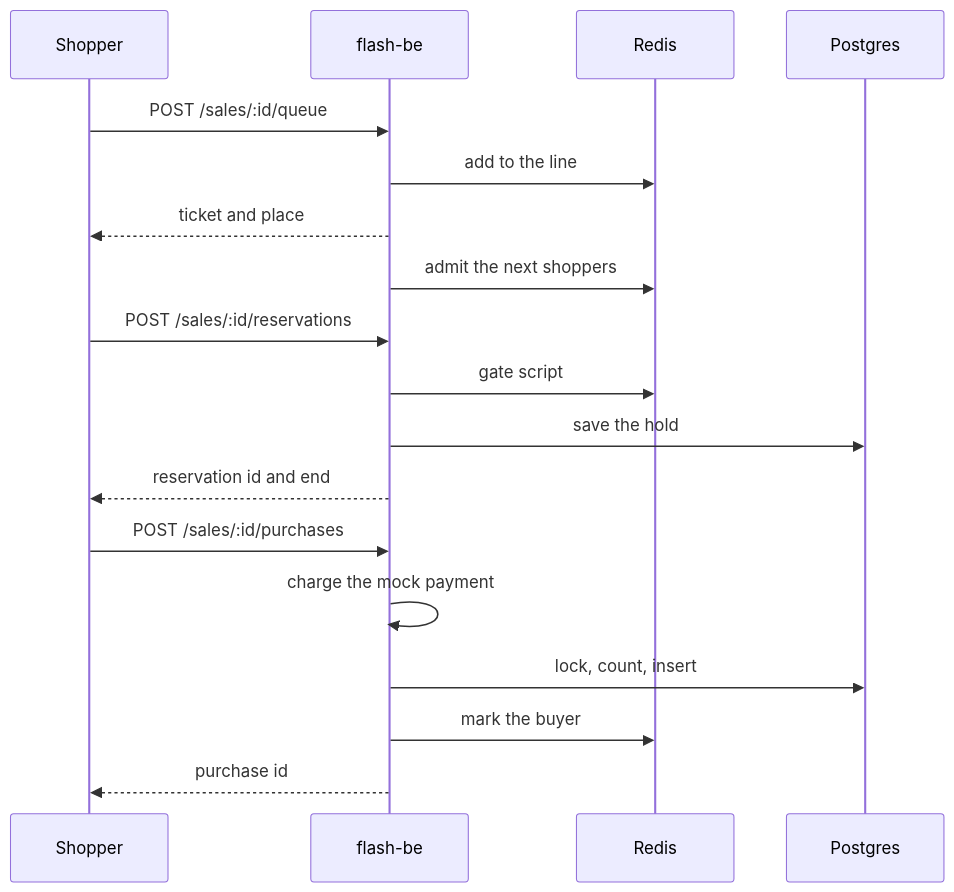
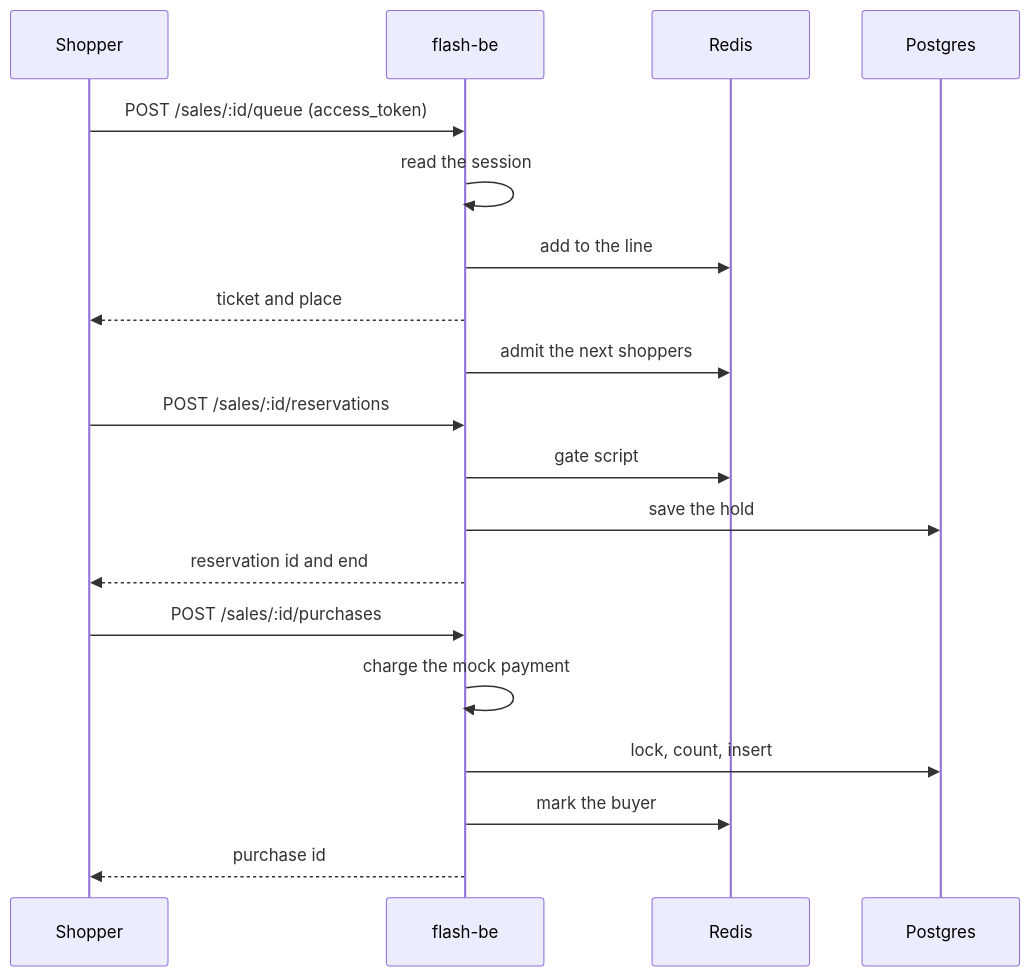
One commit to wahidyankf/coding-itv-js-flashsale changed the second of 4 diagrams in specs/apps/flash/c4/sequences.md. Above: the diagram before and after it, drawn with Mermaid. The commit also changed other lines of this file and 20 other files, not shown here.

````diff
--- a/specs/apps/flash/c4/sequences.md
+++ b/specs/apps/flash/c4/sequences.md
@@ -9,22 +76,23 @@
 ```mermaid
 sequenceDiagram
   accTitle: Reserve and pay
   accDescr: The shopper joins the queue and receives a ticket. After admission the shopper reserves an item. The API asks the Redis gate, which counts buyers and live holds, then writes the hold to Postgres. The shopper then confirms. The API charges the payment provider, commits the purchase in one Postgres transaction, and tells the gate.
   participant S as Shopper
   participant A as flash-be
   participant R as Redis
   participant P as Postgres
-  S->>A: POST /sales/:id/queue
+  S->>A: POST /sales/:id/queue (access_token)
+  A->>A: read the session
   A->>R: add to the line
   A-->>S: ticket and place
   A->>R: admit the next shoppers
   S->>A: POST /sales/:id/reservations
   A->>R: gate script
   A->>P: save the hold
   A-->>S: reservation id and end
   S->>A: POST /sales/:id/purchases
   A->>A: charge the mock payment
   A->>P: lock, count, insert
   A->>R: mark the buyer
   A-->>S: purchase id
 ```
````
